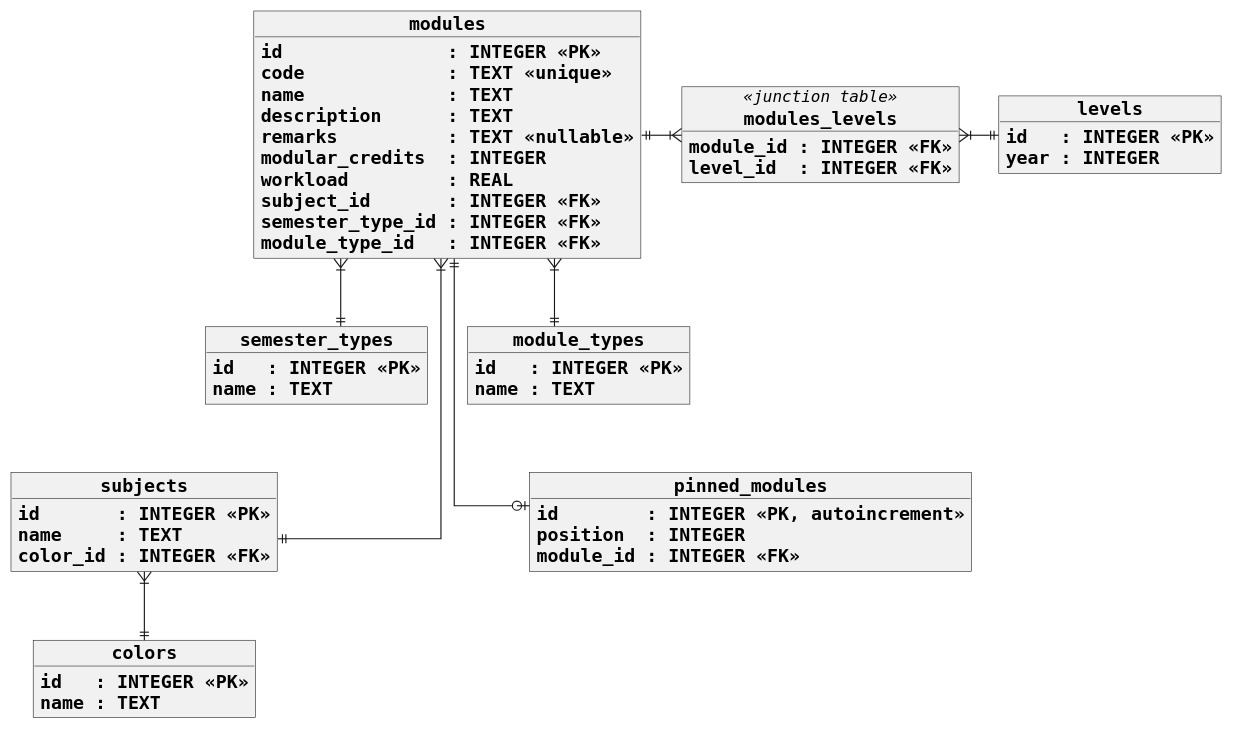
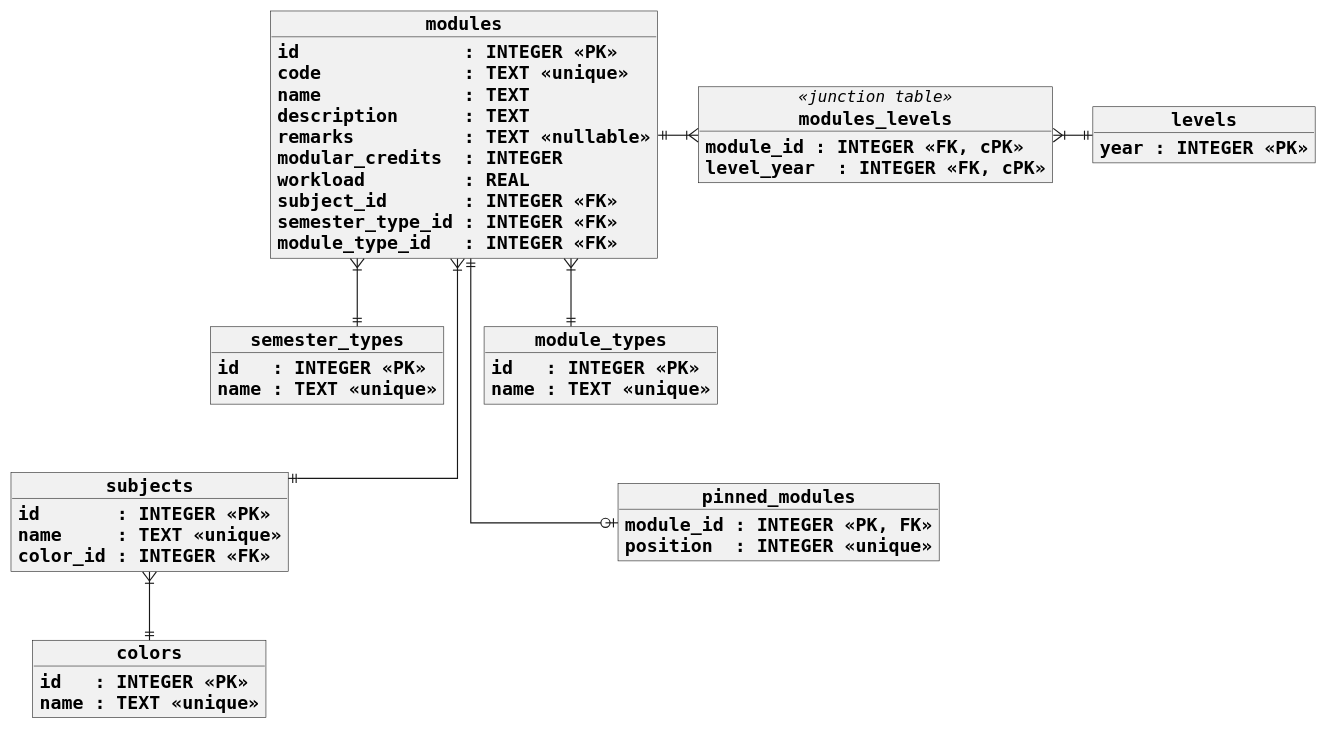
The diagram in puml/database.puml (cervonwong/nush-modules), drawn with PlantUML before and after one commit. The commit also changed 6 other files, not shown here.

```diff
--- a/puml/database.puml
+++ b/puml/database.puml
@@ -1,96 +1,94 @@
 @startuml
 
 skinparam objectFontName Monospaced
 skinparam objectAttributeFontName Monospaced
 skinparam objectStereotypeFontName Monospaced
 
 skinparam objectAttributeFontSize 16
 skinparam objectFontSize 16
 skinparam objectStereotypeFontSize 14
 
 skinparam objectFontStyle bold
 
 skinparam linetype ortho
 skinparam shadowing false
 
 object modules {
 	id               : INTEGER <<PK>>
 	code             : TEXT <<unique>>
 	name             : TEXT
 	description      : TEXT
 	remarks          : TEXT <<nullable>>
 	modular_credits  : INTEGER
 	workload         : REAL
 	subject_id       : INTEGER <<FK>>
 	semester_type_id : INTEGER <<FK>>
 	module_type_id   : INTEGER <<FK>>
 }
 
 object subjects {
 	id       : INTEGER <<PK>>
-	name     : TEXT
+	name     : TEXT <<unique>>
 	color_id : INTEGER <<FK>>
 }
 
 object colors {
 	id   : INTEGER <<PK>>
-	name : TEXT
+	name : TEXT <<unique>>
 }
 
 object semester_types {
 	id   : INTEGER <<PK>>
-	name : TEXT
+	name : TEXT <<unique>>
 }
 
 object levels {
-	id   : INTEGER <<PK>>
-	year : INTEGER
+	year : INTEGER <<PK>>
 }
 
 object modules_levels <<junction table>> {
-	module_id : INTEGER <<FK>>
-	level_id  : INTEGER <<FK>>
+	module_id : INTEGER <<FK, cPK>>
+	level_year  : INTEGER <<FK, cPK>>
 }
 
 object module_types {
 	id   : INTEGER <<PK>>
-	name : TEXT
+	name : TEXT <<unique>>
 }
 
 object pinned_modules {
-	id        : INTEGER <<PK, autoincrement>>
-	position  : INTEGER
-	module_id : INTEGER <<FK>>
+	module_id : INTEGER <<PK, FK>>
+	position  : INTEGER <<unique>>
 }
 
 modules }|---|| subjects
 subjects }|--|| colors
 modules }|--|| semester_types
 modules ||-|{ modules_levels
 modules_levels }|-|| levels
 modules }|--|| module_types
 modules ||---o| pinned_modules
 
 'object prerequisites <<self junction table>> {
 '	dependent_module_id    : INTEGER <<FK>>
 '	prerequisite_module_id : INTEGER <<FK>>
 '}
 '
 'object corequisites <<self junction table>> {
 '	dependent_module_id   : INTEGER <<FK>>
 '	corequisite_module_id : INTEGER <<FK>>
 '}
 '
 'object preclusions <<self junction table>> {
 '	precluder_module_id : INTEGER <<FK>>
 '	precluded_module_id : INTEGER <<FK>>
 '}
 '
 'modules ||--|{ prerequisites
 'prerequisites }|--|| modules
 'modules ||--|{ corequisites
 'corequisites }|--|| modules
 'modules ||--|{ preclusions
 'preclusions }|--|| modules
 
 @enduml
```
